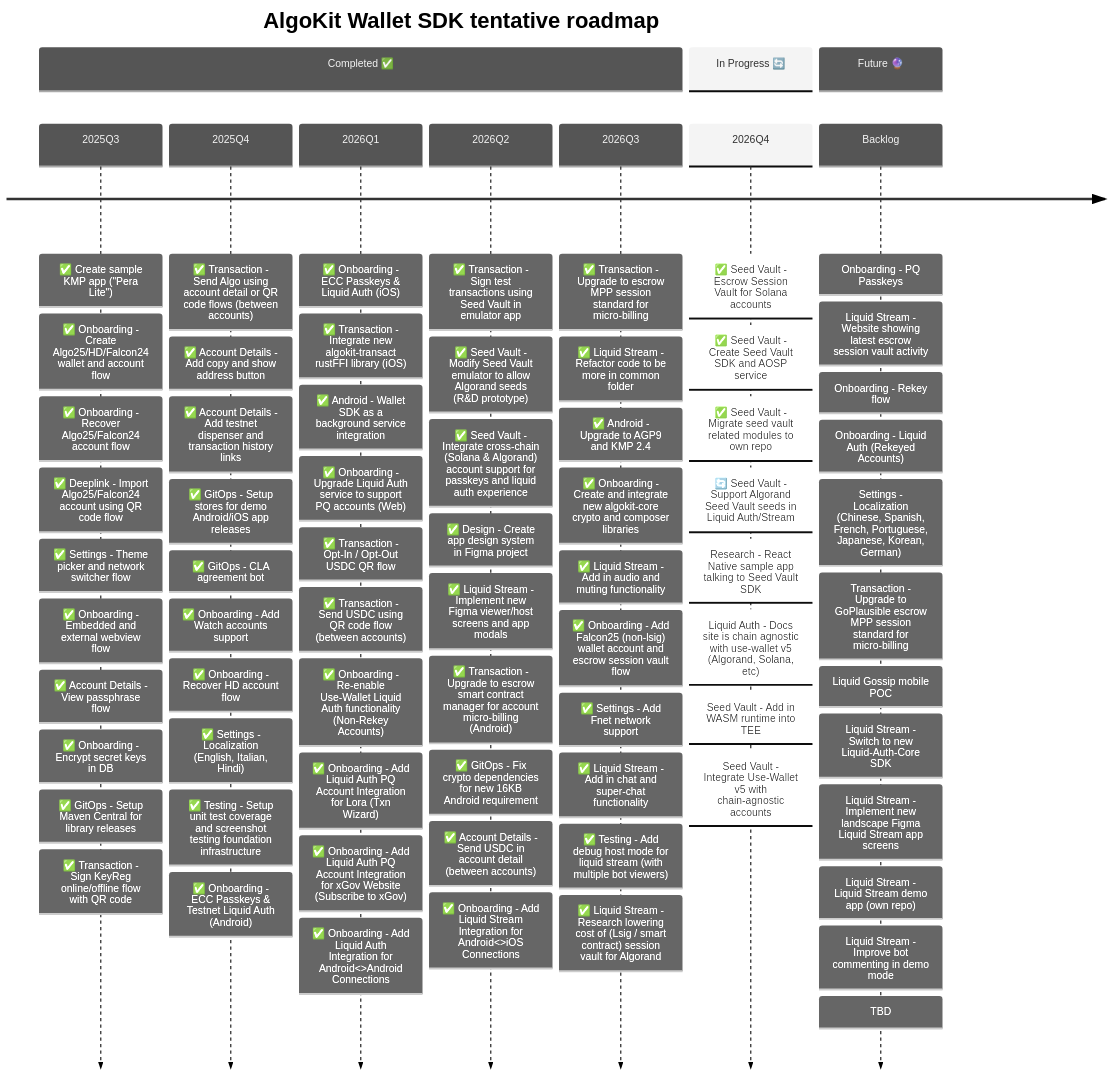
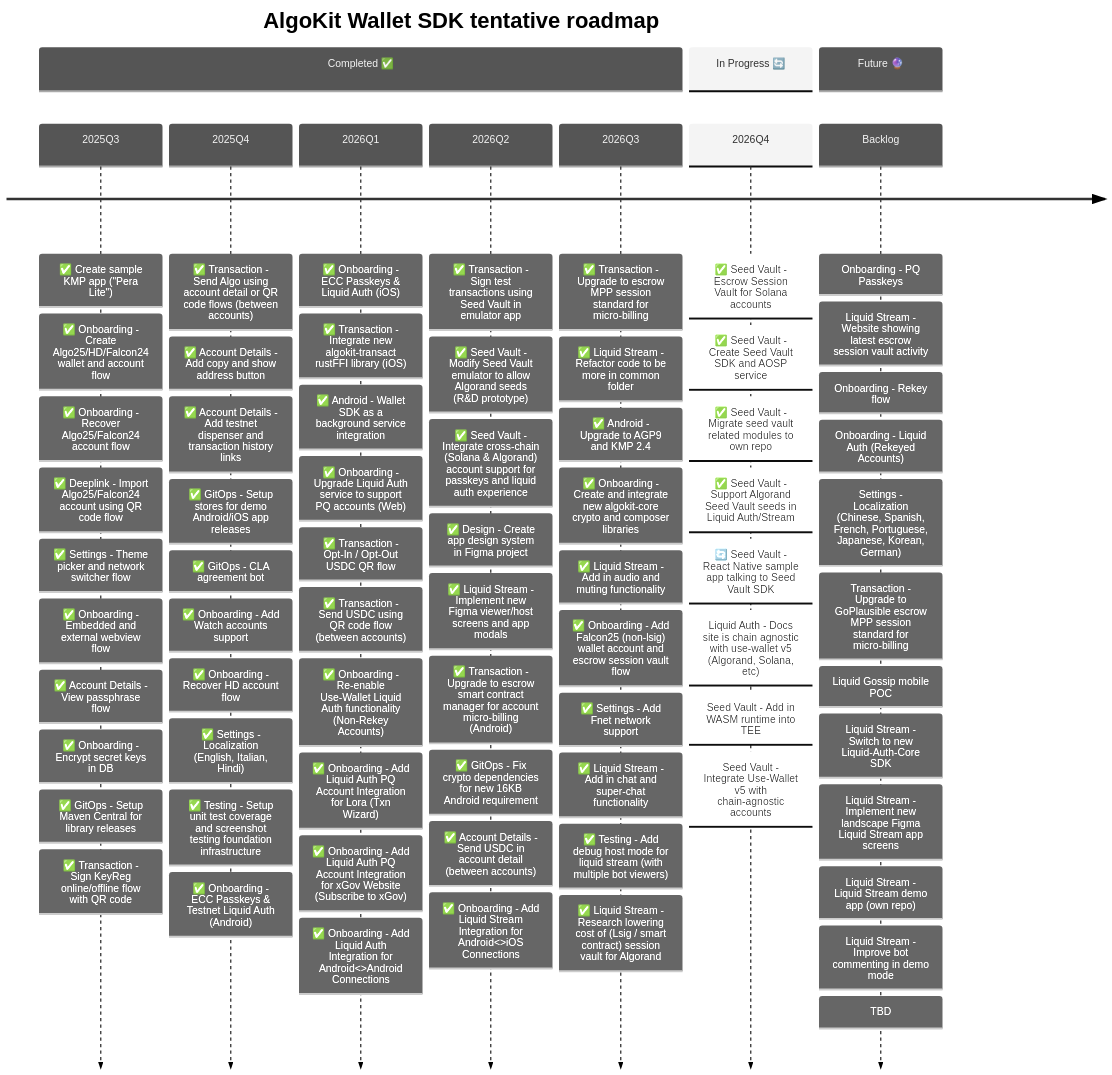
One commit to michaeltchuangllc/algokit-walletsdk-kmp changed the second of 3 diagrams in README.md. Above: the diagram before and after it, drawn with Mermaid. The commit also changed other lines of this file and 15 other files, not shown here.

Commit message:
feat: add batch support to seed vault accounts (#465)

```diff
--- a/README.md
+++ b/README.md
@@ -134,8 +134,8 @@
              : ✅ Seed Vault - Escrow Session Vault for Solana accounts
              : ✅ Seed Vault - Create Seed Vault SDK and AOSP service
              : ✅ Seed Vault - Migrate seed vault related modules to own repo
-             : 🔄 Seed Vault - Support Algorand Seed Vault seeds in Liquid Auth/Stream
-             : Research - React Native sample app talking to Seed Vault SDK
+             : ✅ Seed Vault - Support Algorand Seed Vault seeds in Liquid Auth/Stream
+             : 🔄 Seed Vault - React Native sample app talking to Seed Vault SDK
              : Liquid Auth - Docs site is chain agnostic with use-wallet v5 (Algorand, Solana, etc)
              : Seed Vault - Add in WASM runtime into TEE
              : Seed Vault - Integrate Use-Wallet v5 with chain-agnostic accounts
```
